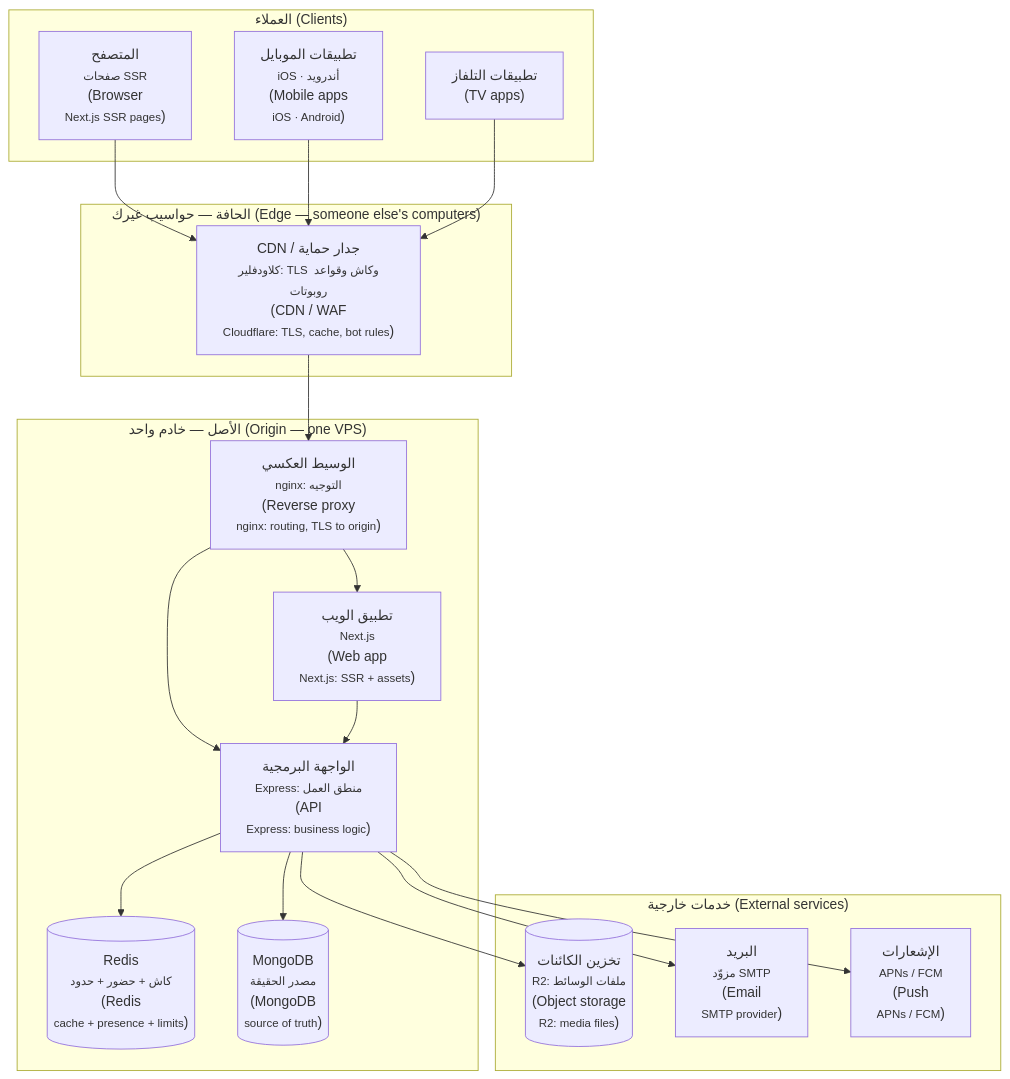
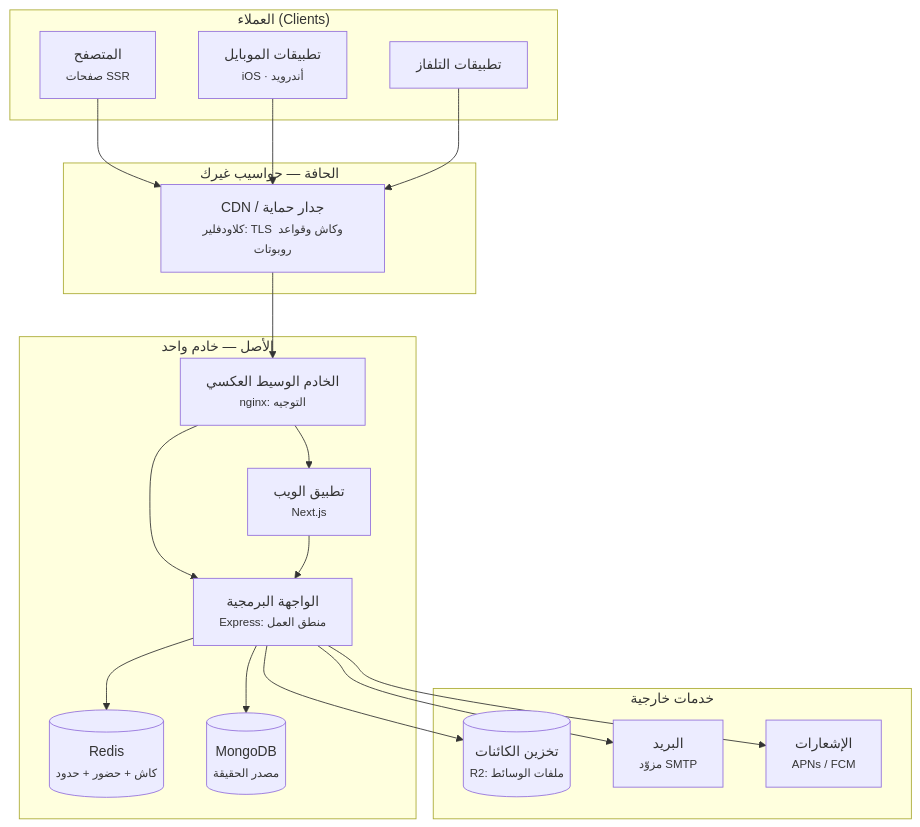
Before and after one commit to Tamoura/system-design-for-vibe-coders: the second of 2 diagrams in modules/01-anatomy-of-a-real-app/lesson-1-draw-the-boxes.ar.md, drawn with Mermaid. The commit also changed other lines of this file and 551 other files, not shown here.

````diff
--- a/modules/01-anatomy-of-a-real-app/lesson-1-draw-the-boxes.ar.md
+++ b/modules/01-anatomy-of-a-real-app/lesson-1-draw-the-boxes.ar.md
@@ -55,35 +55,35 @@
 ```mermaid
 graph TD
     subgraph clients["العملاء (Clients)"]
-        B["المتصفح<br/><small>صفحات SSR</small><br/>(Browser<br/><small>Next.js SSR pages</small>)"]
-        M["تطبيقات الموبايل<br/><small>iOS · أندرويد</small><br/>(Mobile apps<br/><small>iOS · Android</small>)"]
-        TV["تطبيقات التلفاز<br/>(TV apps)"]
+        B["المتصفح<br/><small>صفحات SSR</small>"]
+        M["تطبيقات الموبايل<br/><small>iOS · أندرويد</small>"]
+        TV["تطبيقات التلفاز"]
     end
-    subgraph edge["الحافة — حواسيب غيرك (Edge — someone else's computers)"]
-        CDN["CDN / جدار حماية<br/><small>كلاودفلير: TLS وكاش وقواعد روبوتات</small><br/>(CDN / WAF<br/><small>Cloudflare: TLS, cache, bot rules</small>)"]
+    subgraph edge["الحافة — حواسيب غيرك"]
+        CDN["CDN / جدار حماية<br/><small>كلاودفلير: TLS وكاش وقواعد روبوتات</small>"]
     end
-    subgraph origin["الأصل — خادم واحد (Origin — one VPS)"]
-        NG["الوسيط العكسي<br/><small>nginx: التوجيه</small><br/>(Reverse proxy<br/><small>nginx: routing, TLS to origin</small>)"]
-        WEB["تطبيق الويب<br/><small>Next.js</small><br/>(Web app<br/><small>Next.js: SSR + assets</small>)"]
-        API["الواجهة البرمجية<br/><small>Express: منطق العمل</small><br/>(API<br/><small>Express: business logic</small>)"]
-        RED[("Redis<br/><small>كاش + حضور + حدود</small><br/>(Redis<br/><small>cache + presence + limits</small>)")]
-        DB[("MongoDB<br/><small>مصدر الحقيقة</small><br/>(MongoDB<br/><small>source of truth</small>)")]
+    subgraph origin["الأصل — خادم واحد"]
+        NG["الخادم الوسيط العكسي<br/><small>nginx: التوجيه</small>"]
+        WEB["تطبيق الويب<br/><small>Next.js</small>"]
+        API["الواجهة البرمجية<br/><small>Express: منطق العمل</small>"]
+        RED[("Redis<br/><small>كاش + حضور + حدود</small>")]
+        DB[("MongoDB<br/><small>مصدر الحقيقة</small>")]
     end
-    subgraph ext["خدمات خارجية (External services)"]
-        R2[("تخزين الكائنات<br/><small>R2: ملفات الوسائط</small><br/>(Object storage<br/><small>R2: media files</small>)")]
-        SMTP["البريد<br/><small>مزوّد SMTP</small><br/>(Email<br/><small>SMTP provider</small>)"]
-        PUSH["الإشعارات<br/><small>APNs / FCM</small><br/>(Push<br/><small>APNs / FCM</small>)"]
+    subgraph ext["خدمات خارجية"]
+        R2[("تخزين الكائنات<br/><small>R2: ملفات الوسائط</small>")]
+        SMTP["البريد<br/><small>مزوّد SMTP</small>"]
+        PUSH["الإشعارات<br/><small>APNs / FCM</small>"]
     end
     B --> CDN
     M --> CDN
     TV --> CDN
     CDN --> NG
     NG --> WEB
     NG --> API
     WEB --> API
     API --> RED
     API --> DB
     API --> R2
     API --> SMTP
     API --> PUSH
 ```
````
